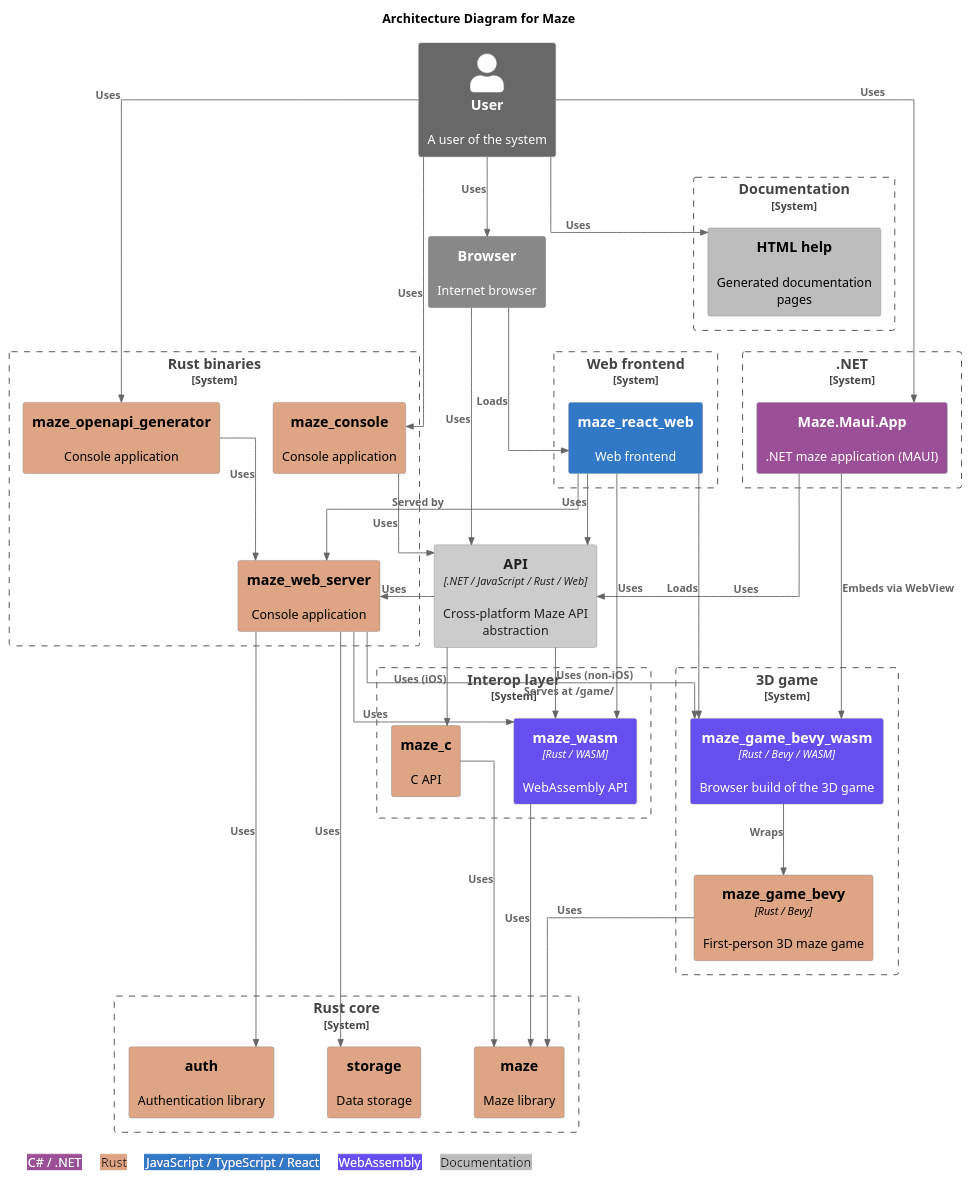
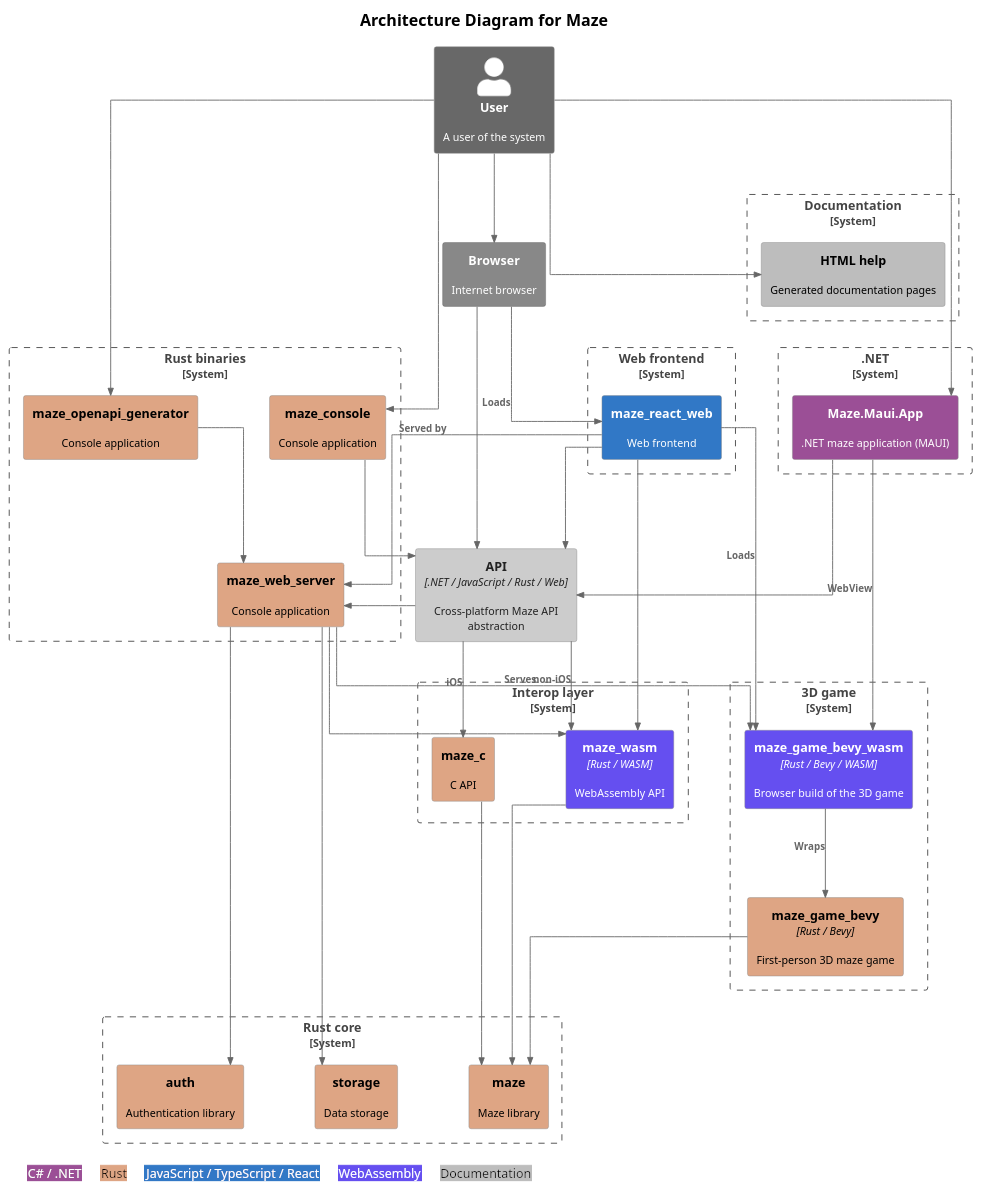
The diagram in docs/diagrams/architecture.puml (budgiedownunder/maze), drawn with PlantUML before and after one commit. The commit also changed 1 other file, not shown here.

Commit message:
docs(diagrams): apply title and relationship size hierarchy and trim generic relationship labels

```diff
--- a/docs/diagrams/architecture.puml
+++ b/docs/diagrams/architecture.puml
@@ -2,92 +2,96 @@
 @startuml architecture
 
 !include https://raw.githubusercontent.com/plantuml-stdlib/C4-PlantUML/master/C4_Container.puml
 
 LAYOUT_TOP_DOWN()
 HIDE_STEREOTYPE()
 skinparam linetype ortho
-skinparam nodesep 60
-skinparam ranksep 80
+skinparam nodesep 80
+skinparam ranksep 100
+skinparam defaultFontSize 12
+skinparam titleFontSize 18
+skinparam titleFontStyle bold
+skinparam ArrowFontSize 11
 
 UpdateElementStyle("container", $bgColor="#cccccc", $fontColor="#222222", $borderColor="#888888")
 UpdateElementStyle("external_container", $bgColor="#888888", $fontColor="#ffffff", $borderColor="#666666")
 
 AddElementTag("rust",   $bgColor="#dea584", $fontColor="#000000", $legendText="Rust")
 AddElementTag("csharp", $bgColor="#9b4f96", $fontColor="#ffffff", $legendText="C# / .NET")
 AddElementTag("ts",     $bgColor="#3178c6", $fontColor="#ffffff", $legendText="JavaScript / TypeScript / React")
 AddElementTag("wasm",   $bgColor="#654ff0", $fontColor="#ffffff", $legendText="WebAssembly")
 AddElementTag("doc",    $bgColor="#bdbdbd", $fontColor="#000000", $legendText="Documentation")
 
 title Architecture Diagram for Maze
 
 Person_Ext(user, "User", "A user of the system")
 
 Container_Ext(browser, "Browser", "", "Internet browser")
 Container(api, "API", ".NET / JavaScript / Rust / Web", "Cross-platform Maze API abstraction")
 
 System_Boundary(b_rust_core, "Rust core") {
     Container(maze, "maze", "", "Maze library", $tags="rust")
     Container(auth, "auth", "", "Authentication library", $tags="rust")
     Container(storage, "storage", "", "Data storage", $tags="rust")
 }
 
 System_Boundary(b_rust_bins, "Rust binaries") {
     Container(maze_web_server, "maze_web_server", "", "Console application", $tags="rust")
     Container(maze_console, "maze_console", "", "Console application", $tags="rust")
     Container(maze_openapi_generator, "maze_openapi_generator", "", "Console application", $tags="rust")
 }
 
 System_Boundary(b_interop, "Interop layer") {
     Container(maze_wasm, "maze_wasm", "Rust / WASM", "WebAssembly API", $tags="wasm")
     Container(maze_c, "maze_c", "", "C API", $tags="rust")
 }
 
 System_Boundary(b_dotnet, ".NET") {
     Container(maze_maui_app_net, "Maze.Maui.App", "", ".NET maze application (MAUI)", $tags="csharp")
 }
 
 System_Boundary(b_web, "Web frontend") {
     Container(maze_react_web, "maze_react_web", "", "Web frontend", $tags="ts")
 }
 
 System_Boundary(b_game, "3D game") {
     Container(maze_game_bevy, "maze_game_bevy", "Rust / Bevy", "First-person 3D maze game", $tags="rust")
     Container(maze_game_bevy_wasm, "maze_game_bevy_wasm", "Rust / Bevy / WASM", "Browser build of the 3D game", $tags="wasm")
 }
 
 System_Boundary(b_docs, "Documentation") {
     Container(html_help, "HTML help", "", "Generated documentation pages", $tags="doc")
 }
 
-Rel(user, browser, "Uses")
+Rel(user, browser, "")
 Rel(maze_react_web, maze_web_server, "Served by")
-Rel(user, html_help, "Uses")
-Rel(user, maze_console, "Uses")
-Rel(user, maze_maui_app_net, "Uses")
-Rel(user, maze_openapi_generator, "Uses")
-Rel(browser, api, "Uses")
+Rel(user, html_help, "")
+Rel(user, maze_console, "")
+Rel(user, maze_maui_app_net, "")
+Rel(user, maze_openapi_generator, "")
+Rel(browser, api, "")
 Rel(browser, maze_react_web, "Loads")
-Rel(maze_react_web, api, "Uses")
-Rel(maze_console, api, "Uses")
-Rel(maze_maui_app_net, api, "Uses")
-Rel(maze_openapi_generator, maze_web_server, "Uses")
-Rel(maze_c, maze, "Uses")
-Rel(maze_wasm, maze, "Uses")
-Rel(api, maze_wasm, "Uses (non-iOS)")
-Rel(api, maze_c, "Uses (iOS)")
-Rel(api, maze_web_server, "Uses")
-Rel(maze_web_server, maze_wasm, "Uses")
-Rel(maze_web_server, auth, "Uses")
-Rel(maze_web_server, storage, "Uses")
-Rel(maze_game_bevy, maze, "Uses")
+Rel(maze_react_web, api, "")
+Rel(maze_console, api, "")
+Rel(maze_maui_app_net, api, "")
+Rel(maze_openapi_generator, maze_web_server, "")
+Rel(maze_c, maze, "")
+Rel(maze_wasm, maze, "")
+Rel(api, maze_wasm, "non-iOS")
+Rel(api, maze_c, "iOS")
+Rel(api, maze_web_server, "")
+Rel(maze_web_server, maze_wasm, "")
+Rel(maze_web_server, auth, "")
+Rel(maze_web_server, storage, "")
+Rel(maze_game_bevy, maze, "")
 Rel(maze_game_bevy_wasm, maze_game_bevy, "Wraps")
-Rel(maze_web_server, maze_game_bevy_wasm, "Serves at /game/")
+Rel(maze_web_server, maze_game_bevy_wasm, "Serves")
 Rel(maze_react_web, maze_game_bevy_wasm, "Loads")
-Rel(maze_react_web, maze_wasm, "Uses")
-Rel(maze_maui_app_net, maze_game_bevy_wasm, "Embeds via WebView")
+Rel(maze_react_web, maze_wasm, "")
+Rel(maze_maui_app_net, maze_game_bevy_wasm, "WebView")
 
 legend bottom left
 | <back:#9b4f96><color:#ffffff>  C# / .NET  </color></back> | <back:#dea584><color:#000000>  Rust  </color></back> | <back:#3178c6><color:#ffffff>  JavaScript / TypeScript / React  </color></back> | <back:#654ff0><color:#ffffff>  WebAssembly  </color></back> | <back:#bdbdbd><color:#000000>  Documentation  </color></back> |
 endlegend
 
 @enduml
```
